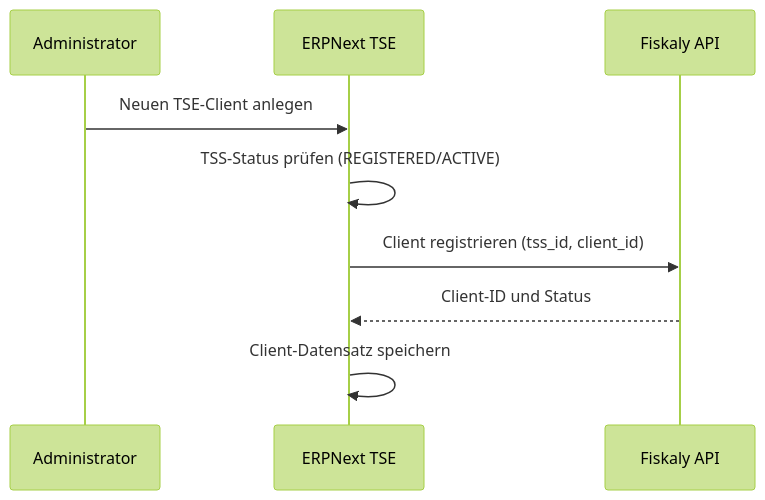
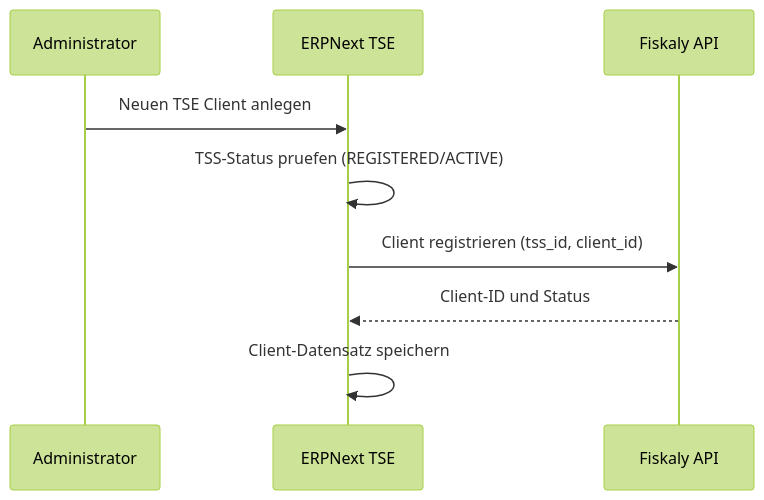
Before and after one commit to Rocket-Quack/erpnext_tse: the third of 7 diagrams in docs/guides/de/process_diagram.md, drawn with Mermaid (forest theme). The commit also changed other lines of this file and 19 other files, not shown here.

````diff
--- a/docs/guides/de/process_diagram.md
+++ b/docs/guides/de/process_diagram.md
@@ -45,12 +45,12 @@
 ```mermaid
 sequenceDiagram
     participant Admin as Administrator
     participant ERP as ERPNext TSE
     participant Fiskaly as Fiskaly API
 
-    Admin->>ERP: Neuen TSE-Client anlegen
-    ERP->>ERP: TSS-Status prüfen (REGISTERED/ACTIVE)
+    Admin->>ERP: Neuen TSE Client anlegen
+    ERP->>ERP: TSS-Status pruefen (REGISTERED/ACTIVE)
     ERP->>Fiskaly: Client registrieren (tss_id, client_id)
     Fiskaly-->>ERP: Client-ID und Status
     ERP->>ERP: Client-Datensatz speichern
 ```
````
